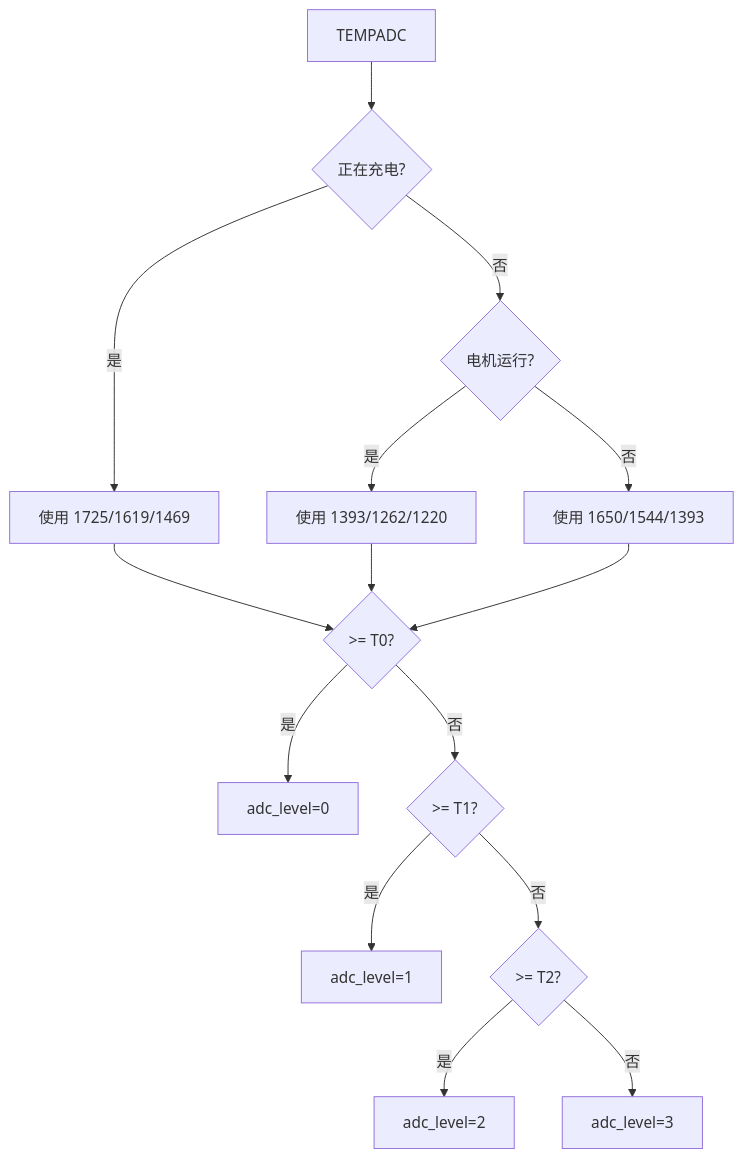
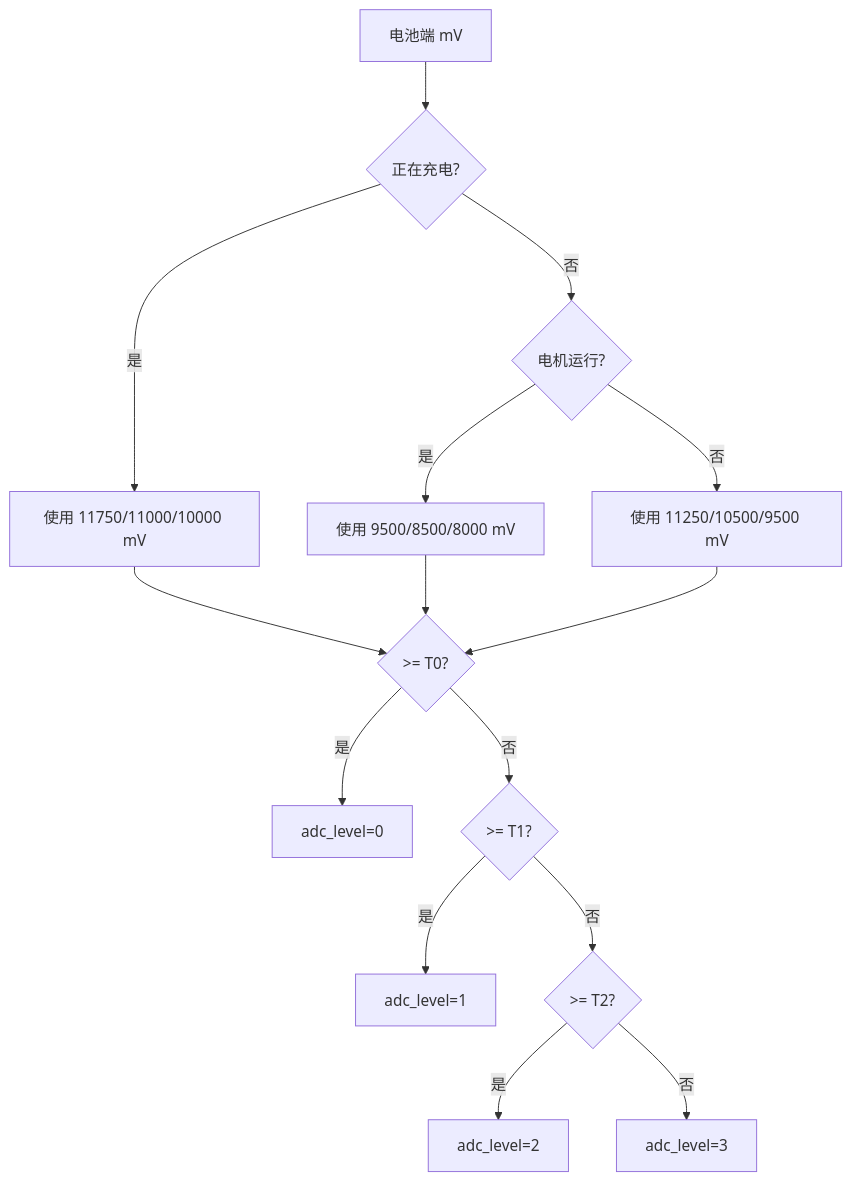
The third of 6 diagrams in docs/01-电池与充电控制逻辑.md (renletao/xn), drawn with Mermaid before and after one commit. The commit also changed other lines of this file and 10 other files, not shown here.

````diff
--- a/docs/01-电池与充电控制逻辑.md
+++ b/docs/01-电池与充电控制逻辑.md
@@ -81,17 +87,17 @@
 ```mermaid
 flowchart TD
-    A[TEMPADC] --> B{正在充电?}
-    B -- 是 --> C[使用 1725/1619/1469]
+    A[电池端 mV] --> B{正在充电?}
+    B -- 是 --> C[使用 11750/11000/10000 mV]
     B -- 否 --> D{电机运行?}
-    D -- 是 --> E[使用 1393/1262/1220]
-    D -- 否 --> F[使用 1650/1544/1393]
+    D -- 是 --> E[使用 9500/8500/8000 mV]
+    D -- 否 --> F[使用 11250/10500/9500 mV]
     C --> G{>= T0?}
     E --> G
     F --> G
     G -- 是 --> L0[adc_level=0]
     G -- 否 --> G1{>= T1?}
     G1 -- 是 --> L1[adc_level=1]
     G1 -- 否 --> G2{>= T2?}
     G2 -- 是 --> L2[adc_level=2]
     G2 -- 否 --> L3[adc_level=3]
 ```
````
